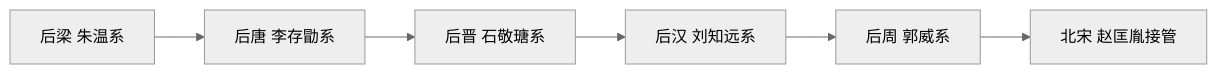
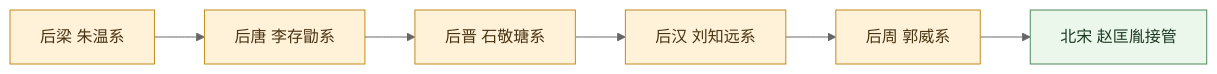
Before and after one commit to zhuguang-ZFG/reading: the diagram in 05_HISTORY/01_TABLES/02_MEDIEVAL/五代十国帝系总表.md, drawn with Mermaid (neutral theme). The commit also changed other lines of this file and 2 other files, not shown here.

Commit message:
统一南北朝与五代十国颜色分组

````diff
--- a/05_HISTORY/01_TABLES/02_MEDIEVAL/五代十国帝系总表.md
+++ b/05_HISTORY/01_TABLES/02_MEDIEVAL/五代十国帝系总表.md
@@ -26,8 +26,14 @@
 ```mermaid
 flowchart LR
     A[后梁 朱温系] --> B[后唐 李存勖系]
     B --> C[后晋 石敬瑭系]
     C --> D[后汉 刘知远系]
     D --> E[后周 郭威系]
     E --> F[北宋 赵匡胤接管]
+
+    classDef five fill:#fff2d9,stroke:#c48a1c,color:#4a3311;
+    classDef unify fill:#eaf7ea,stroke:#4f8a5b,color:#1e3a24;
+
+    class A,B,C,D,E five;
+    class F unify;
 ```
````
